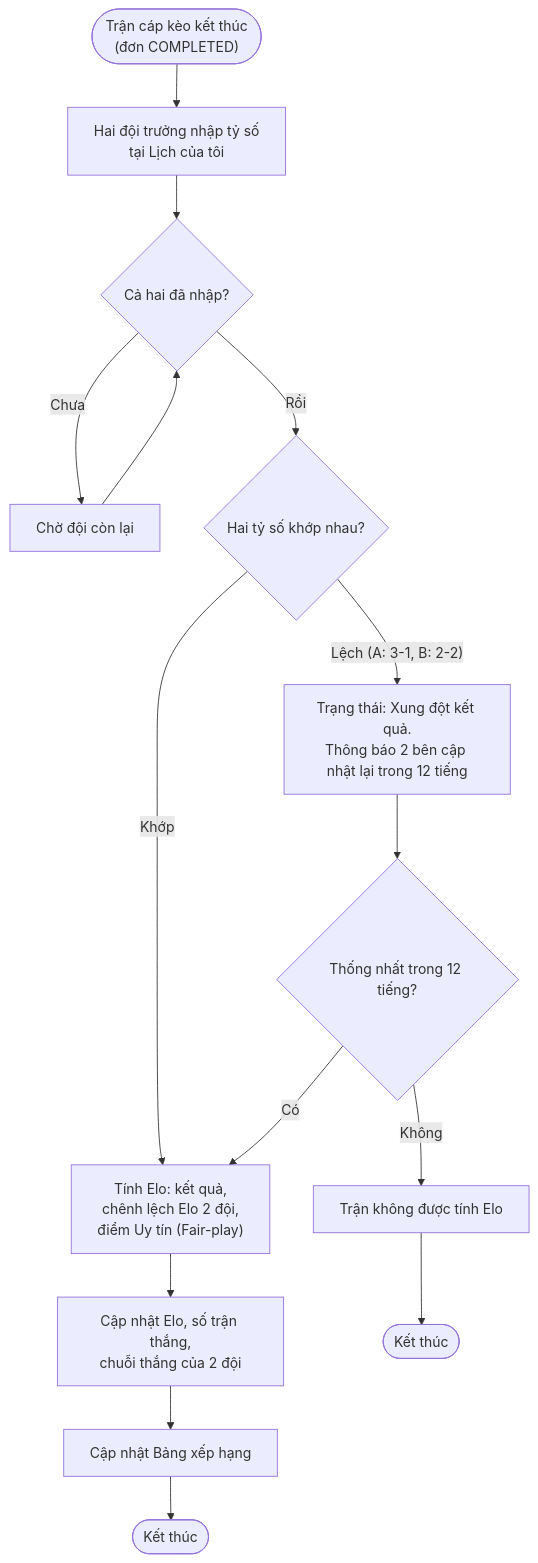
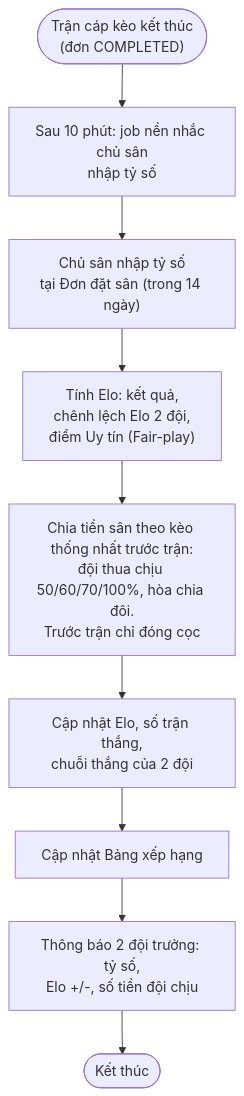
Diagram 13 of 28 in docs/design/flows.md (QuangAnh1703/dat-san-bong-online), drawn with Mermaid before and after one commit. The commit also changed other lines of this file and 4 other files, not shown here.

````diff
--- a/docs/design/flows.md
+++ b/docs/design/flows.md
@@ -328,17 +330,11 @@
 ```mermaid
 flowchart TD
-    A(["Trận cáp kèo kết thúc<br/>(đơn COMPLETED)"]) --> B["Hai đội trưởng nhập tỷ số<br/>tại Lịch của tôi"]
-    B --> C{Cả hai đã nhập?}
-    C -->|Chưa| C1[Chờ đội còn lại]
-    C1 --> C
-    C -->|Rồi| D{Hai tỷ số khớp nhau?}
-    D -->|Khớp| E["Tính Elo: kết quả,<br/>chênh lệch Elo 2 đội,<br/>điểm Uy tín (Fair-play)"]
-    E --> F["Cập nhật Elo, số trận thắng,<br/>chuỗi thắng của 2 đội"]
+    A(["Trận cáp kèo kết thúc<br/>(đơn COMPLETED)"]) --> A1["Sau 10 phút: job nền nhắc chủ sân<br/>nhập tỷ số"]
+    A1 --> B["Chủ sân nhập tỷ số<br/>tại Đơn đặt sân (trong 14 ngày)"]
+    B --> E["Tính Elo: kết quả,<br/>chênh lệch Elo 2 đội,<br/>điểm Uy tín (Fair-play)"]
+    E --> E1["Chia tiền sân theo kèo thống nhất trước trận:<br/>đội thua chịu 50/60/70/100%, hòa chia đôi.<br/>Trước trận chỉ đóng cọc"]
+    E1 --> F["Cập nhật Elo, số trận thắng,<br/>chuỗi thắng của 2 đội"]
     F --> G[Cập nhật Bảng xếp hạng]
-    G --> Z1([Kết thúc])
-    D -->|"Lệch (A: 3-1, B: 2-2)"| H["Trạng thái: Xung đột kết quả.<br/>Thông báo 2 bên cập nhật lại trong 12 tiếng"]
-    H --> I{Thống nhất trong 12 tiếng?}
-    I -->|Có| E
-    I -->|Không| J["Trận không được tính Elo"]
-    J --> Z2([Kết thúc])
+    G --> H["Thông báo 2 đội trưởng: tỷ số,<br/>Elo +/-, số tiền đội chịu"]
+    H --> Z1([Kết thúc])
 ```
````
